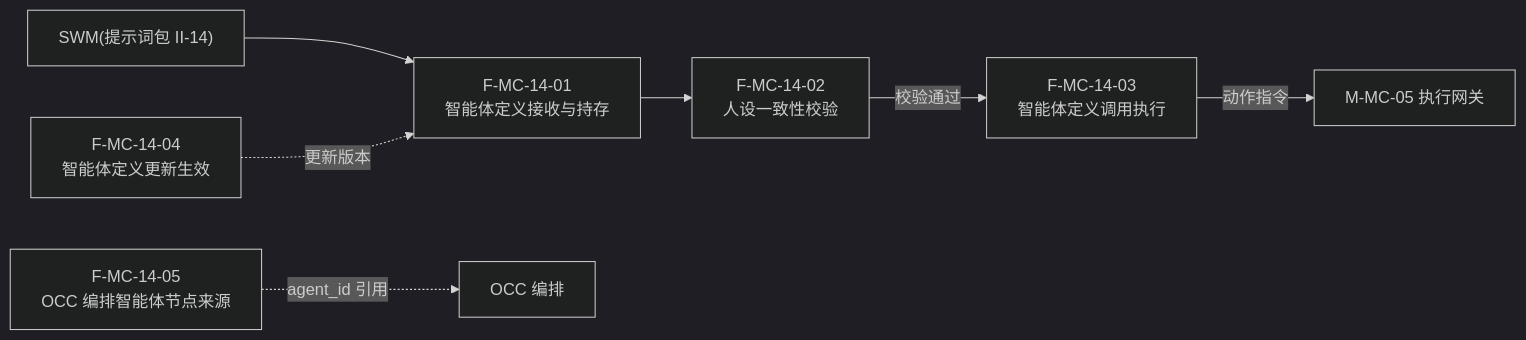
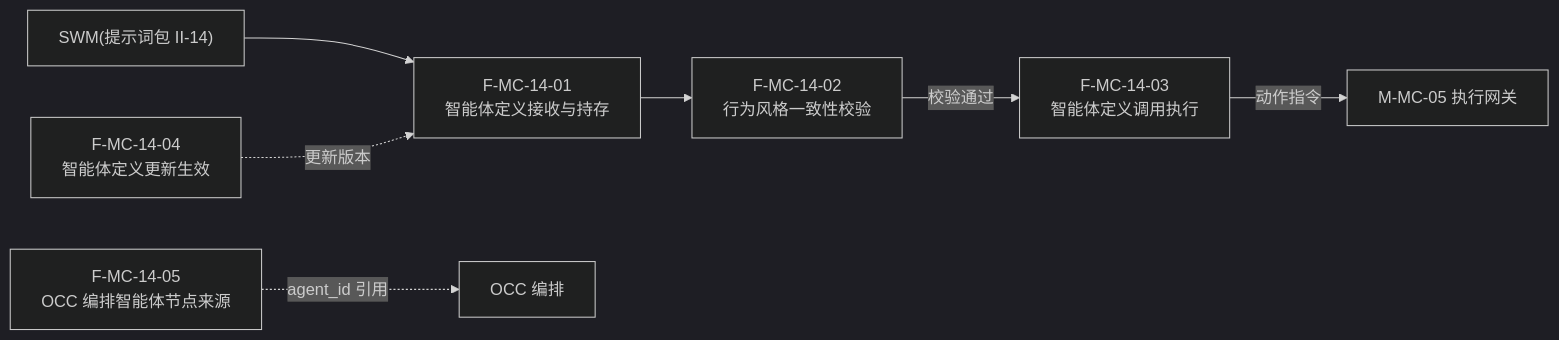
Diagram 21 of 49 in 公司项目/认知作战/文档/软件概要设计-架构图.md (Sj-g/obsidian), drawn with Mermaid (dark theme) before and after one commit. The commit also changed other lines of this file and 9 other files, not shown here.

````diff
--- a/公司项目/认知作战/文档/软件概要设计-架构图.md
+++ b/公司项目/认知作战/文档/软件概要设计-架构图.md
@@ -417,15 +416,15 @@
 ```mermaid
 flowchart LR
     F1401["F-MC-14-01<br/>智能体定义接收与持存"]
-    F1402["F-MC-14-02<br/>人设一致性校验"]
+    F1402["F-MC-14-02<br/>行为风格一致性校验"]
     F1403["F-MC-14-03<br/>智能体定义调用执行"]
     F1404["F-MC-14-04<br/>智能体定义更新生效"]
     F1405["F-MC-14-05<br/>OCC 编排智能体节点来源"]
 
     SWM["SWM(提示词包 II-14)"] --> F1401
     F1401 --> F1402
     F1402 -->|"校验通过"| F1403
     F1403 -->|"动作指令"| EXT["M-MC-05 执行网关"]
     F1404 -.->|"更新版本"| F1401
     F1405 -.->|"agent_id 引用"| OCC["OCC 编排"]
 ```
````
